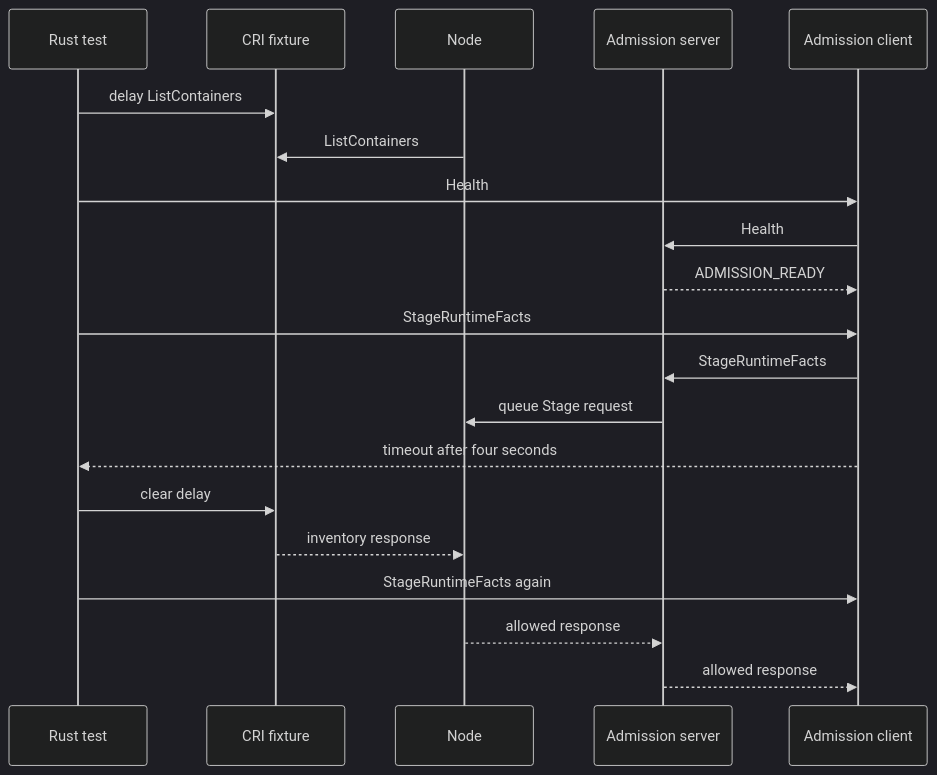
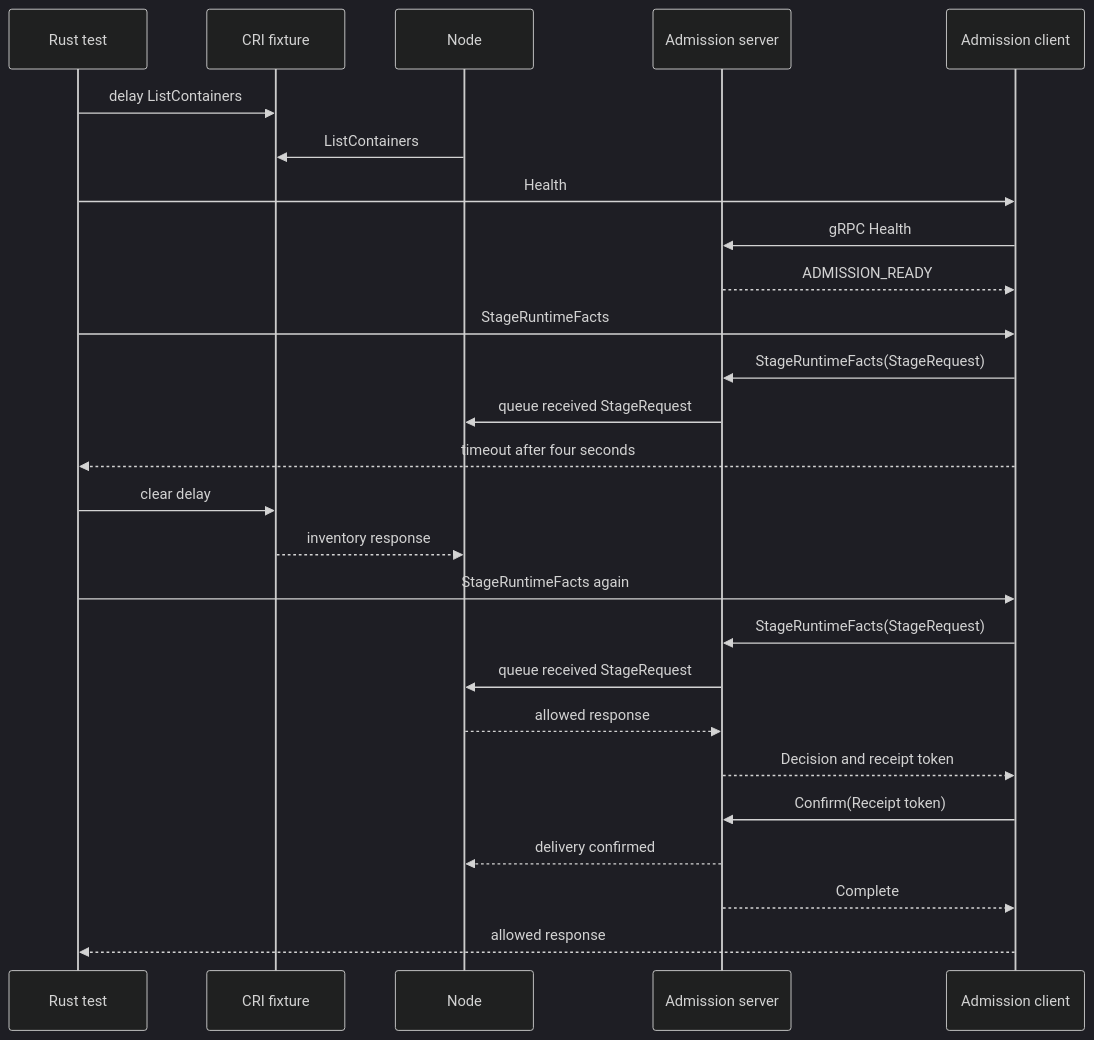
The diagram in crates/mithril-e2e/ADMISSION_STALL_REVIEW.md (Ereborlabs/erebor-runtime), drawn with Mermaid (dark theme) before and after one commit. The commit also changed other lines of this file and 15 other files, not shown here.

Commit message:
Migrate Mithril runtime admission to typed gRPC

````diff
--- a/crates/mithril-e2e/ADMISSION_STALL_REVIEW.md
+++ b/crates/mithril-e2e/ADMISSION_STALL_REVIEW.md
@@ -32,22 +31,28 @@
 ```mermaid
 sequenceDiagram
     participant T as Rust test
     participant C as CRI fixture
     participant N as Node
     participant S as Admission server
     participant A as Admission client
     T->>C: delay ListContainers
     N->>C: ListContainers
     T->>A: Health
-    A->>S: Health
+    A->>S: gRPC Health
     S-->>A: ADMISSION_READY
     T->>A: StageRuntimeFacts
-    A->>S: StageRuntimeFacts
-    S->>N: queue Stage request
+    A->>S: StageRuntimeFacts(StageRequest)
+    S->>N: queue received StageRequest
     A-->>T: timeout after four seconds
     T->>C: clear delay
     C-->>N: inventory response
     T->>A: StageRuntimeFacts again
+    A->>S: StageRuntimeFacts(StageRequest)
+    S->>N: queue received StageRequest
     N-->>S: allowed response
-    S-->>A: allowed response
+    S-->>A: Decision and receipt token
+    A->>S: Confirm(Receipt token)
+    S-->>N: delivery confirmed
+    S-->>A: Complete
+    A-->>T: allowed response
 ```
````
